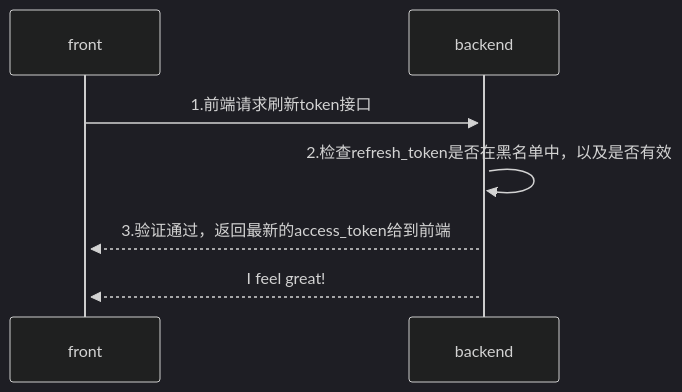
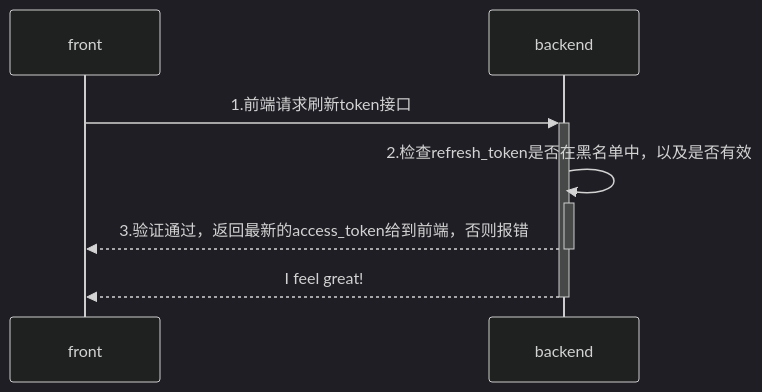
One commit to yingjianzh/iodraw-files changed the diagram in all/未命名-4.md. Above: the diagram before and after it, drawn with Mermaid (dark theme).

Commit message:
2024-08-02 17:50:51 update

````diff
--- a/all/未命名-4.md
+++ b/all/未命名-4.md
@@ -1,8 +1,8 @@
 ```mermaid
 sequenceDiagram
     front->>+backend: 1.前端请求刷新token接口
     backend->>+backend: 2.检查refresh_token是否在黑名单中，以及是否有效
-    backend-->>+front: 3.验证通过，返回最新的access_token给到前端
-    backend-->>+front: I feel great!
+    backend-->>-front: 3.验证通过，返回最新的access_token给到前端，否则报错
+    backend-->>-front: I feel great!
             
 ```
````
